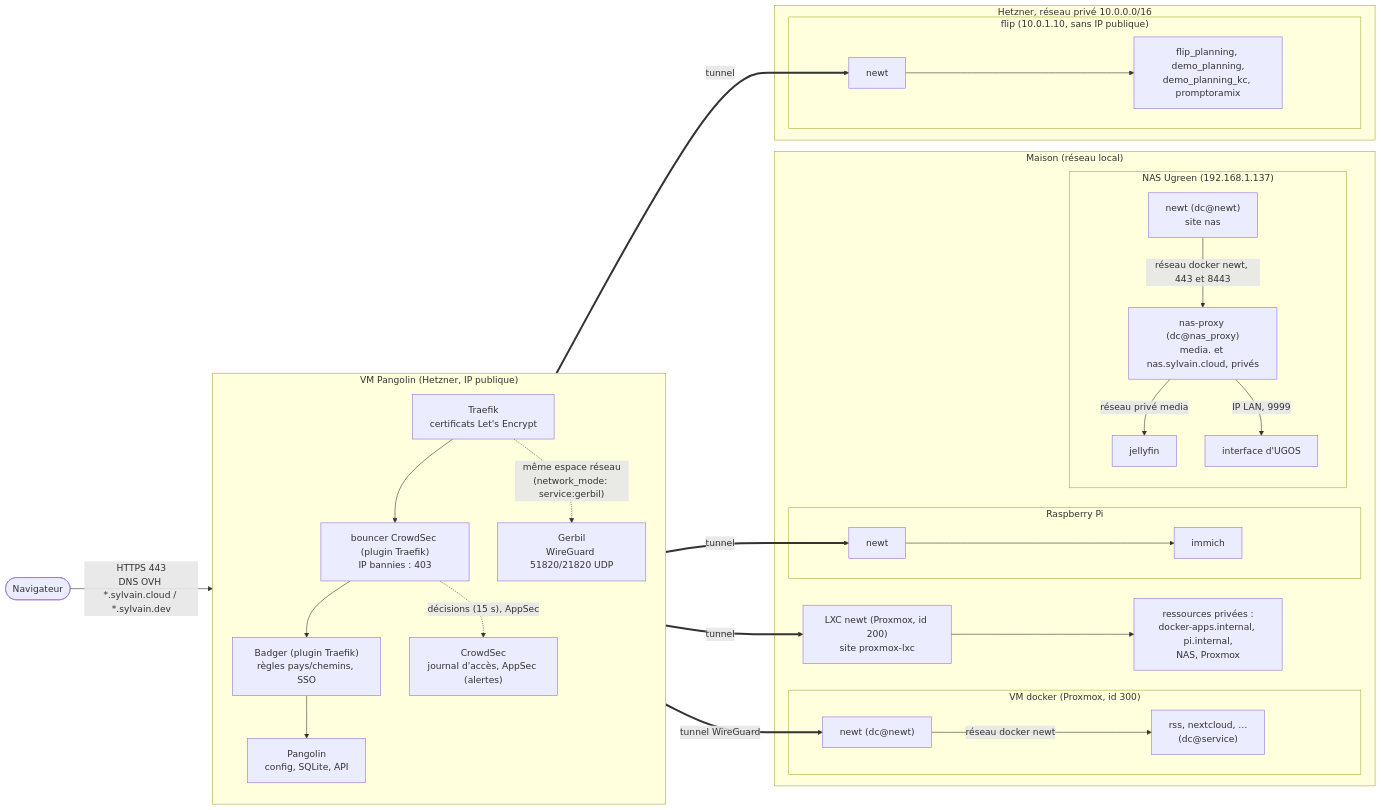
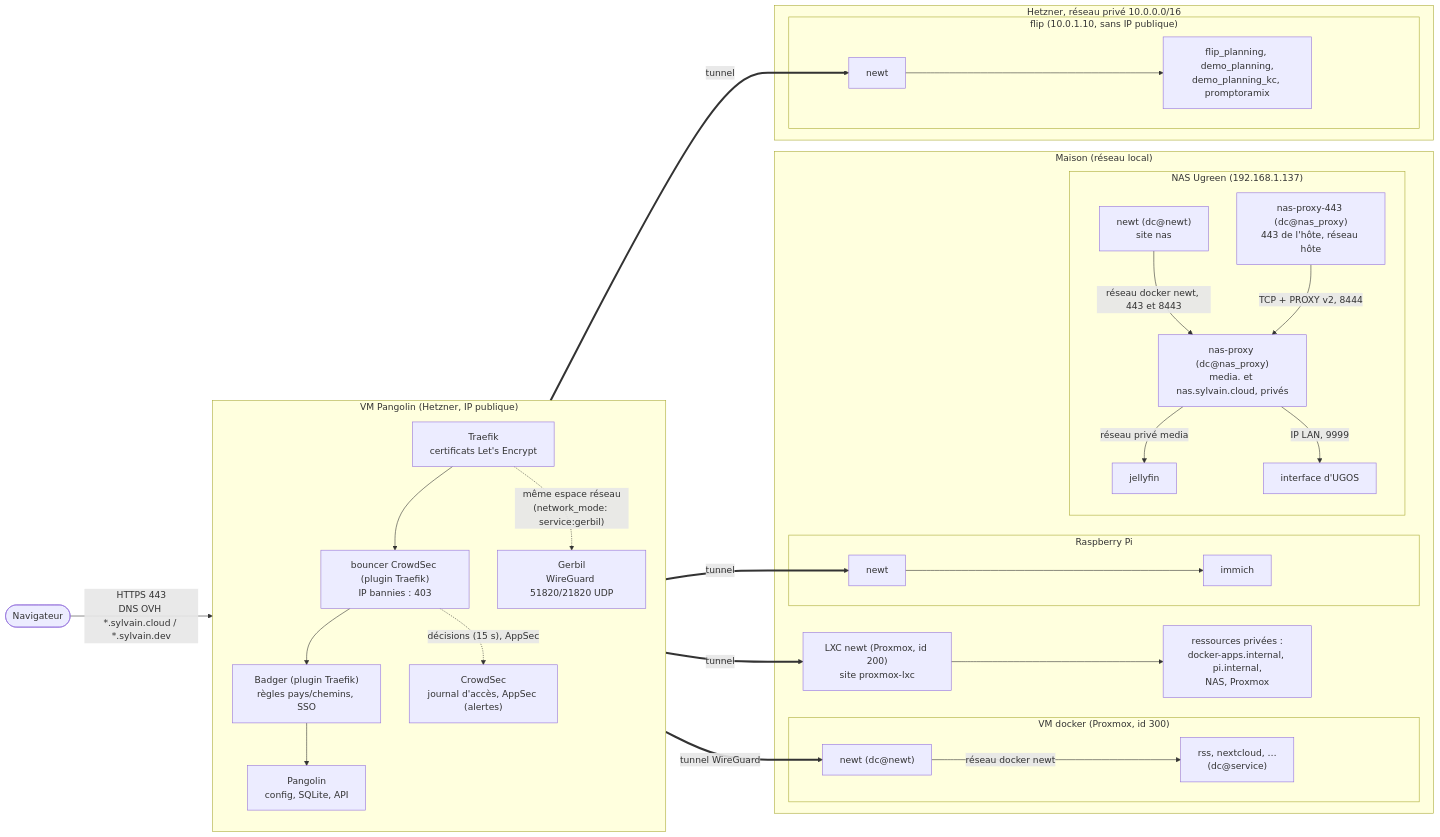
Before and after one commit to sylvainmetayer/homelab: the first of 4 diagrams in docs/architecture.md, drawn with Mermaid. The commit also changed other lines of this file and 19 other files, not shown here.

First line of the commit message:
feat(nas_proxy): écoute aussi sur le 443 du NAS, par un relais en réseau hôte

````diff
--- a/docs/architecture.md
+++ b/docs/architecture.md
@@ -9,43 +9,44 @@
 ```mermaid
 flowchart LR
   user([Navigateur]) -- "HTTPS 443<br/>DNS OVH *.sylvain.cloud / *.sylvain.dev" --> traefik
 
   subgraph pangolin_vm["VM Pangolin (Hetzner, IP publique)"]
     direction TB
     traefik["Traefik<br/>certificats Let's Encrypt"]
     bouncer["bouncer CrowdSec (plugin Traefik)<br/>IP bannies : 403"]
     crowdsec["CrowdSec<br/>journal d'accès, AppSec (alertes)"]
     badger["Badger (plugin Traefik)<br/>règles pays/chemins, SSO"]
     pangolin_app["Pangolin<br/>config, SQLite, API"]
     gerbil["Gerbil<br/>WireGuard 51820/21820 UDP"]
     traefik --> bouncer --> badger --> pangolin_app
     bouncer -. "décisions (15 s), AppSec" .-> crowdsec
     traefik -. "même espace réseau<br/>(network_mode: service:gerbil)" .-> gerbil
   end
 
   gerbil == "tunnel WireGuard" ==> newt_docker
   gerbil == tunnel ==> newt_pi
   gerbil == tunnel ==> newt_flip
   gerbil == tunnel ==> newt_lxc
 
   subgraph home["Maison (réseau local)"]
     subgraph docker_vm["VM docker (Proxmox, id 300)"]
       newt_docker["newt (dc@newt)"] -- "réseau docker newt" --> app1["rss, nextcloud, …<br/>(dc@service)"]
     end
     subgraph pi["Raspberry Pi"]
       newt_pi[newt] --> immich[immich]
     end
     newt_lxc["LXC newt (Proxmox, id 200)<br/>site proxmox-lxc"] --> lan["ressources privées :<br/>docker-apps.internal, pi.internal,<br/>NAS, Proxmox"]
     subgraph nas["NAS Ugreen (192.168.1.137)"]
       newt_nas["newt (dc@newt)<br/>site nas"] -- "réseau docker newt, 443 et 8443" --> traefik_nas["nas-proxy (dc@nas_proxy)<br/>media. et nas.sylvain.cloud, privés"]
+      relay_nas["nas-proxy-443 (dc@nas_proxy)<br/>443 de l'hôte, réseau hôte"] -- "TCP + PROXY v2, 8444" --> traefik_nas
       traefik_nas -- "réseau privé media" --> jellyfin[jellyfin]
       traefik_nas -- "IP LAN, 9999" --> ugos[interface d'UGOS]
     end
   end
 
   subgraph hetzner_priv["Hetzner, réseau privé 10.0.0.0/16"]
     subgraph flip["flip (10.0.1.10, sans IP publique)"]
       newt_flip[newt] --> fp["flip_planning, demo_planning,<br/>demo_planning_kc, promptoramix"]
     end
   end
 ```
````
